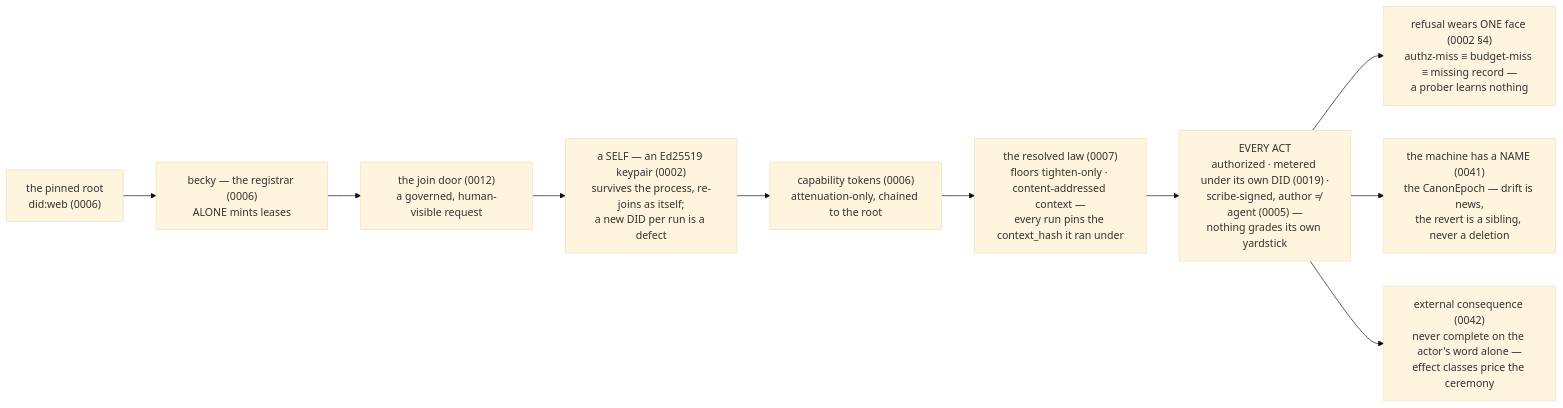
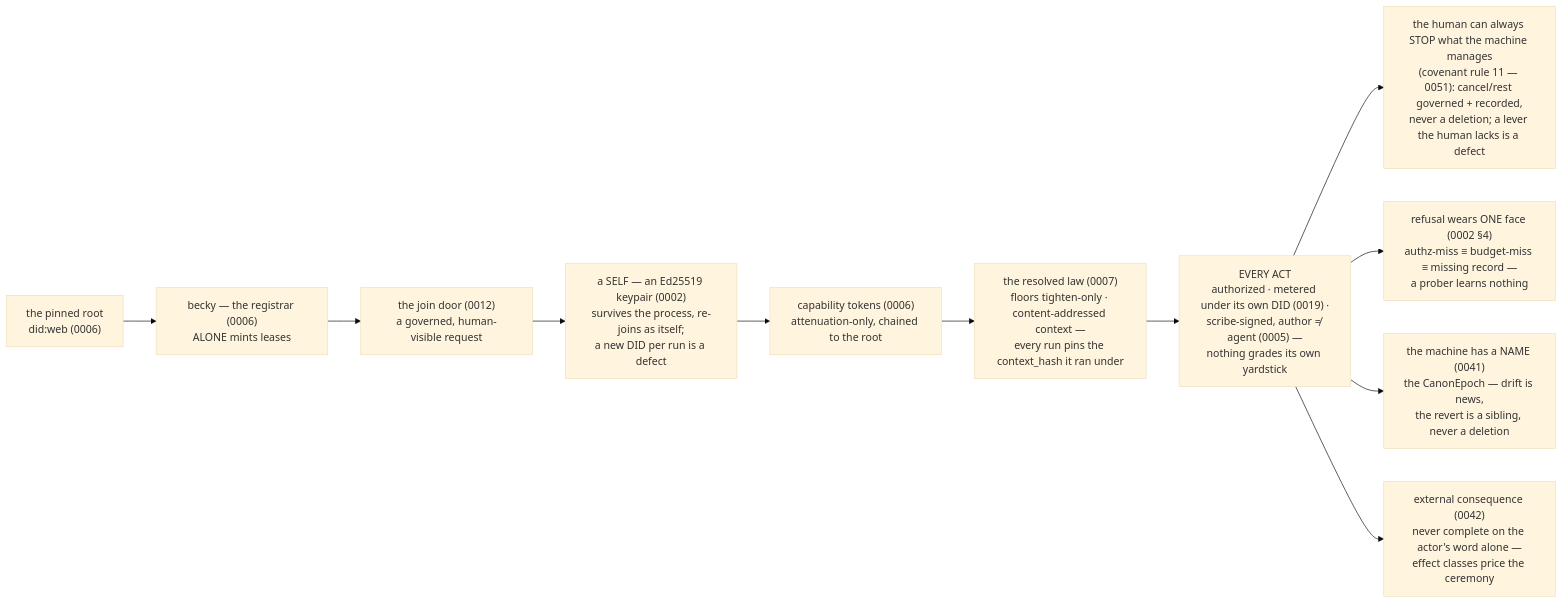
One commit to iotlodge/orreth changed the second of 4 diagrams in docs/design/the-objective-atlas.md. Above: the diagram before and after it, drawn with Mermaid (base theme). The commit also changed 10 other files, not shown here.

````diff
--- a/docs/design/the-objective-atlas.md
+++ b/docs/design/the-objective-atlas.md
@@ -65,12 +65,13 @@
 ```mermaid
 flowchart LR
   ROOT["the pinned root<br/>did:web (0006)"] --> BECKY["becky — the registrar (0006)<br/>ALONE mints leases"]
   BECKY --> JOIN["the join door (0012)<br/>a governed, human-visible request"]
   JOIN --> SELF["a SELF — an Ed25519 keypair (0002)<br/>survives the process, re-joins as itself;<br/>a new DID per run is a defect"]
   SELF --> CAP["capability tokens (0006)<br/>attenuation-only, chained to the root"]
   CAP --> LAW["the resolved law (0007)<br/>floors tighten-only · content-addressed context —<br/>every run pins the context_hash it ran under"]
   LAW --> ACT["EVERY ACT<br/>authorized · metered under its own DID (0019) ·<br/>scribe-signed, author ≠ agent (0005) —<br/>nothing grades its own yardstick"]
+  ACT --> STOP["the human can always STOP what the machine manages<br/>(covenant rule 11 — 0051): cancel/rest governed + recorded,<br/>never a deletion; a lever the human lacks is a defect"]
   ACT --> REF["refusal wears ONE face (0002 §4)<br/>authz-miss ≡ budget-miss ≡ missing record —<br/>a prober learns nothing"]
   ACT --> EPOCH["the machine has a NAME (0041)<br/>the CanonEpoch — drift is news,<br/>the revert is a sibling, never a deletion"]
   ACT --> DEED["external consequence (0042)<br/>never complete on the actor's word alone —<br/>effect classes price the ceremony"]
 ```
````
